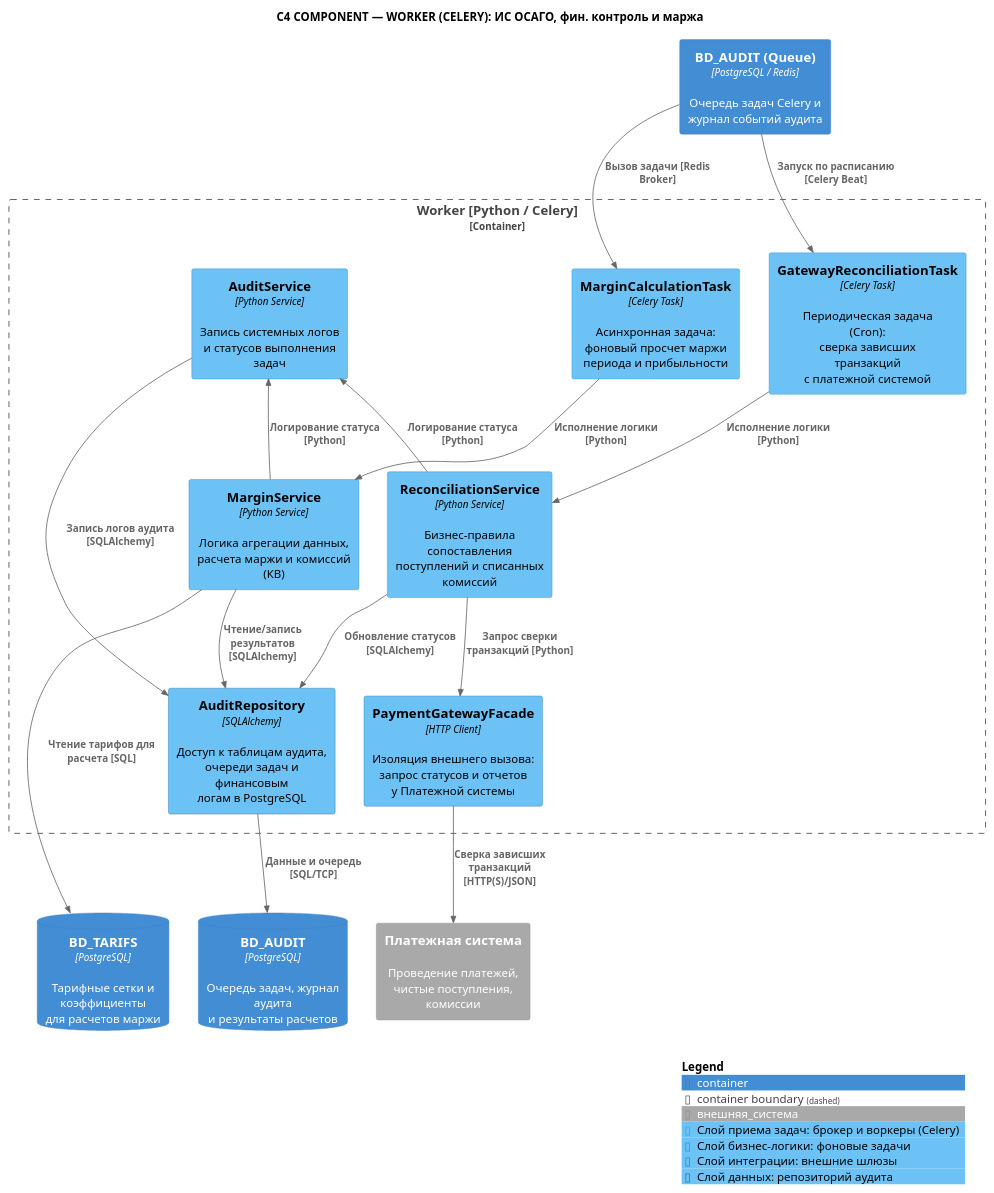
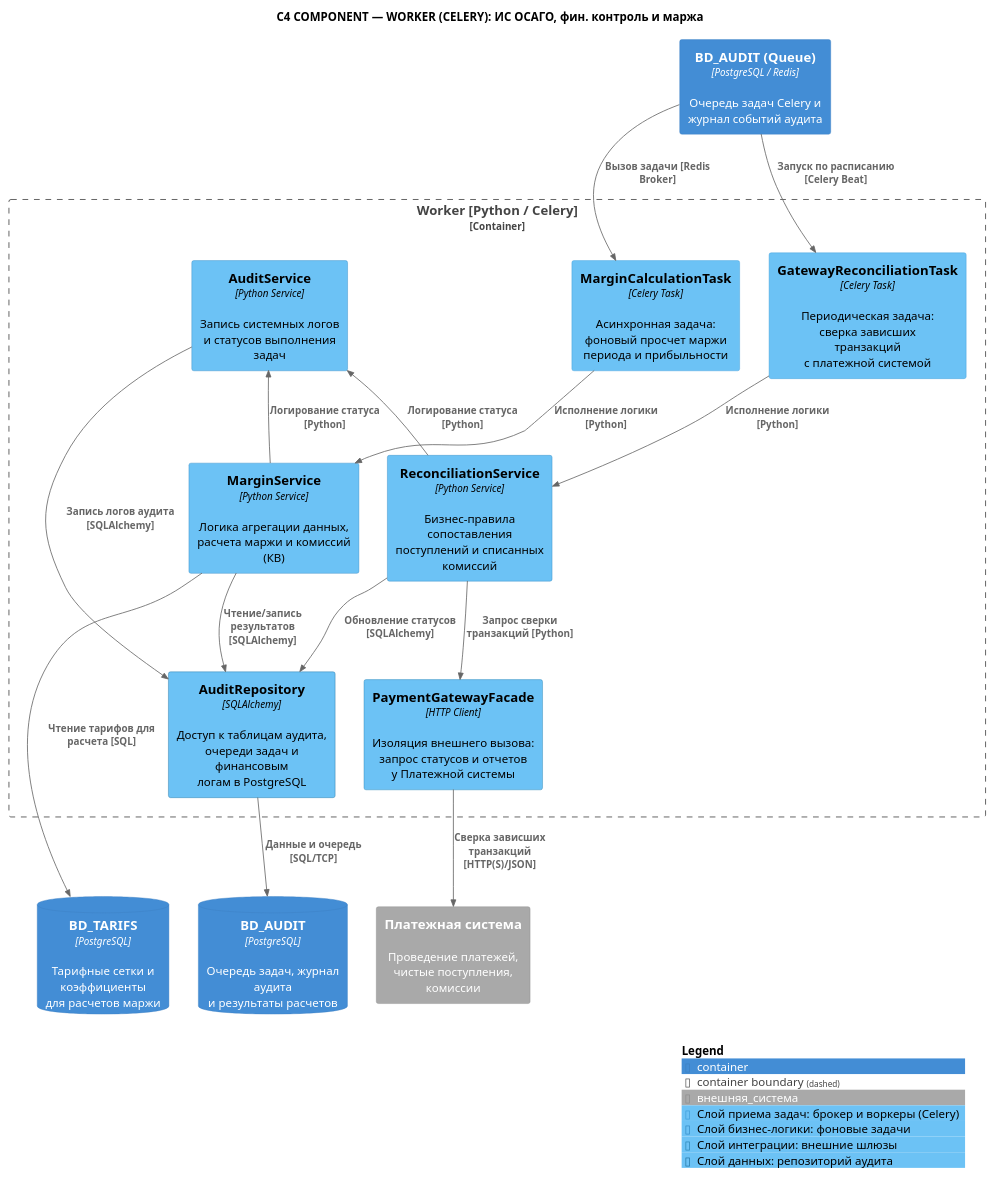
One commit to ElectricLight-ELO/Insurance-system changed the diagram in docs_and_diagrams/Misha/component.puml. Above: the diagram before and after it, drawn with PlantUML.

Commit message:
small fix
deleted (Cron)

```diff
--- a/docs_and_diagrams/Misha/component.puml
+++ b/docs_and_diagrams/Misha/component.puml
@@ -1,111 +1,111 @@
 @startuml
 !include https://raw.githubusercontent.com/plantuml-stdlib/C4-PlantUML/master/C4_Component.puml
 
 title C4 COMPONENT — WORKER (CELERY): ИС ОСАГО, фин. контроль и маржа
 
 AddSystemTag("внешняя_система", $bgColor="#A9A9A9", $borderColor="#8A8A8A", $fontColor="#FFFFFF")
 
 AddComponentTag("consumer", $bgColor="#6cc2f5", $borderColor="#3A9BD8", $fontColor="#000000", $legendText="Слой приема задач: брокер и воркеры (Celery)")
 AddComponentTag("service", $bgColor="#6cc2f5", $borderColor="#2E86C1", $fontColor="#000000", $legendText="Слой бизнес-логики: фоновые задачи")
 AddComponentTag("integration", $bgColor="#6cc2f5", $borderColor="#247FB0", $fontColor="#000000", $legendText="Слой интеграции: внешние шлюзы")
 AddComponentTag("data", $bgColor="#6cc2f5", $borderColor="#1B6E9C", $fontColor="#000000", $legendText="Слой данных: репозиторий аудита")
 
 Container(queue_db, "BD_AUDIT (Queue)", "PostgreSQL / Redis", "Очередь задач Celery и журнал событий аудита")
 
 Container_Boundary(worker, "Worker [Python / Celery]") {
 
     ' --- Слой приема задач / consumers ---
     together {
         Component(c_margin, "MarginCalculationTask", "Celery Task", "Асинхронная задача:\nфоновый просчет маржи\nпериода и прибыльности", $tags="consumer")
-        Component(c_reconcile, "GatewayReconciliationTask", "Celery Task", "Периодическая задача (Cron):\nсверка зависших транзакций\nс платежной системой", $tags="consumer")
+        Component(c_reconcile, "GatewayReconciliationTask", "Celery Task", "Периодическая задача:\nсверка зависших транзакций\nс платежной системой", $tags="consumer")
     }
 
     ' --- Слой бизнес-логики ---
     together {
         Component(s_audit, "AuditService", "Python Service", "Запись системных логов\nи статусов выполнения задач", $tags="service")
         Component(s_margin, "MarginService", "Python Service", "Логика агрегации данных,\nрасчета маржи и комиссий (КВ)", $tags="service")
         Component(s_reconcile, "ReconciliationService", "Python Service", "Бизнес-правила сопоставления\nпоступлений и списанных комиссий", $tags="service")
     }
 
     ' --- Слой интеграции ---
     together {
         Component(f_pay, "PaymentGatewayFacade", "HTTP Client", "Изоляция внешнего вызова:\nзапрос статусов и отчетов\nу Платежной системы", $tags="integration")
     }
 
     ' --- Слой доступа к данным ---
     together {
         Component(r_audit, "AuditRepository", "SQLAlchemy", "Доступ к таблицам аудита,\nочереди задач и финансовым\nлогам в PostgreSQL", $tags="data")
     }
 }
 
 ' === ВНЕШНИЕ СИСТЕМЫ И БД (СНИЗУ) ===
 together {
     ContainerDb(db_audit, "BD_AUDIT", "PostgreSQL", "Очередь задач, журнал аудита\nи результаты расчетов")
     ContainerDb(db_tarifs, "BD_TARIFS", "PostgreSQL", "Тарифные сетки и коэффициенты\nдля расчетов маржи")
 }
 together {
     System_Ext(payment_sys, "Платежная система", "Проведение платежей, чистые поступления, комиссии", $tags="внешняя_система")
 }
 
 ' === СВЯЗИ (RELATIONSHIPS) ===
 
 ' Очередь -> Задачи воркера
 Rel(queue_db, c_margin, "Вызов задачи [Redis Broker]")
 Rel(queue_db, c_reconcile, "Запуск по расписанию [Celery Beat]")
 
 ' Задачи -> Сервисы
 Rel(c_margin, s_margin, "Исполнение логики [Python]")
 Rel(c_reconcile, s_reconcile, "Исполнение логики [Python]")
 
 ' Сервисы -> Аудит
 Rel(s_margin, s_audit, "Логирование статуса [Python]")
 Rel(s_reconcile, s_audit, "Логирование статуса [Python]")
 
 ' Сервисы -> Фасады
 Rel(s_reconcile, f_pay, "Запрос сверки транзакций [Python]")
 
 ' Сервисы -> Репозитории
 Rel(s_margin, r_audit, "Чтение/запись результатов [SQLAlchemy]")
 Rel(s_reconcile, r_audit, "Обновление статусов [SQLAlchemy]")
 Rel(s_audit, r_audit, "Запись логов аудита [SQLAlchemy]")
 
 ' Репозитории -> БД
 Rel(r_audit, db_audit, "Данные и очередь [SQL/TCP]")
 Rel(s_margin, db_tarifs, "Чтение тарифов для расчета [SQL]")
 
 ' Фасад -> Внешняя система
 Rel(f_pay, payment_sys, "Сверка зависших транзакций [HTTP(S)/JSON]", $tags="пунктир")
 
 ' === УПРАВЛЕНИЕ LAYOUT (СКРЫТЫЕ СВЯЗИ) ===
 
 ' 1. Выстраиваем задачи в ряд
 c_margin -[hidden]right- c_reconcile
 
 ' 2. Выстраиваем сервисы в ряд
 s_audit -[hidden]right- s_margin
 s_margin -[hidden]right- s_reconcile
 
 ' 3. Выстраиваем фасады в ряд
 f_pay -[hidden]right- r_audit
 
 ' 4. Выстраиваем БД и внешние системы в ряд
 db_audit -[hidden]right- db_tarifs
 db_tarifs -[hidden]right- payment_sys
 
 ' 5. Вертикальные связи слоев
 c_margin -[hidden]down- s_margin
 c_reconcile -[hidden]down- s_reconcile
 
 s_margin -[hidden]down- f_pay
 s_reconcile -[hidden]down- r_audit
 
 f_pay -[hidden]down- db_audit
 r_audit -[hidden]down- db_tarifs
 
 queue_db -[hidden]down- c_margin
 queue_db -[hidden]down- c_reconcile
 
 ' === ЛЕГЕНДА ===
 SHOW_LEGEND()
 
 @enduml
```
